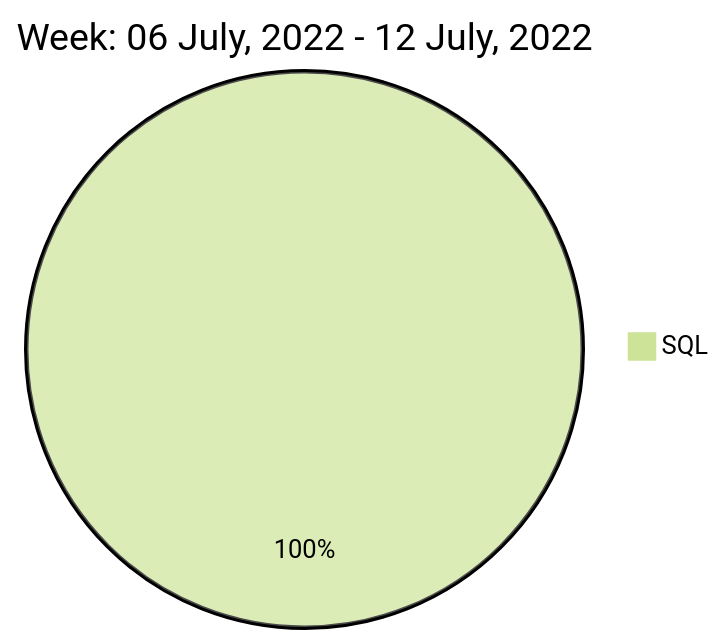
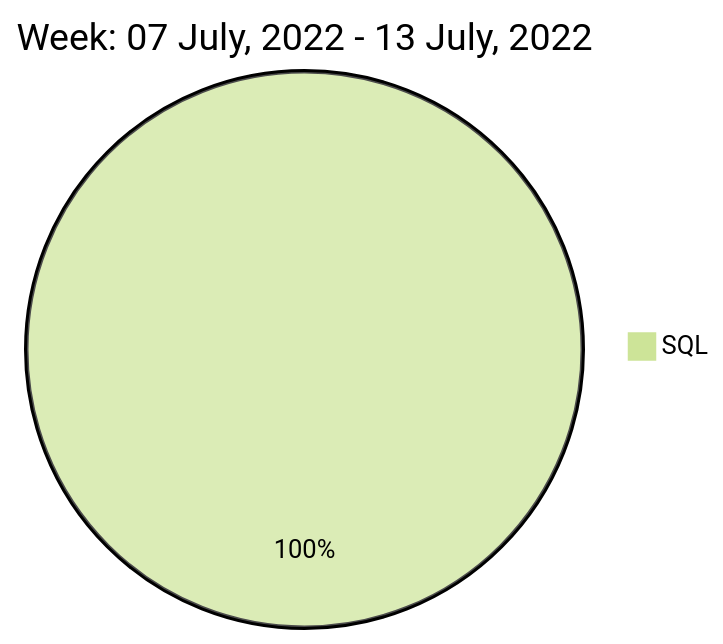
One commit to liubin95/liubin95 changed the diagram in README.md. Above: the diagram before and after it, drawn with Mermaid (forest theme).

Commit message:
Updated the Graph with new Metrics

````diff
--- a/README.md
+++ b/README.md
@@ -40,5 +40,5 @@
 ```mermaid
  pie
-title Week: 06 July, 2022 - 12 July, 2022
- "SQL" : 2.47
+title Week: 07 July, 2022 - 13 July, 2022
+ "SQL" : 1.82
 ```
````
